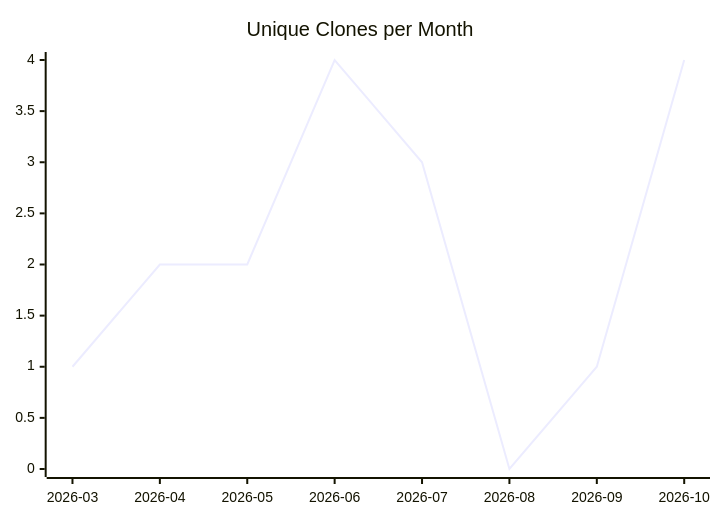
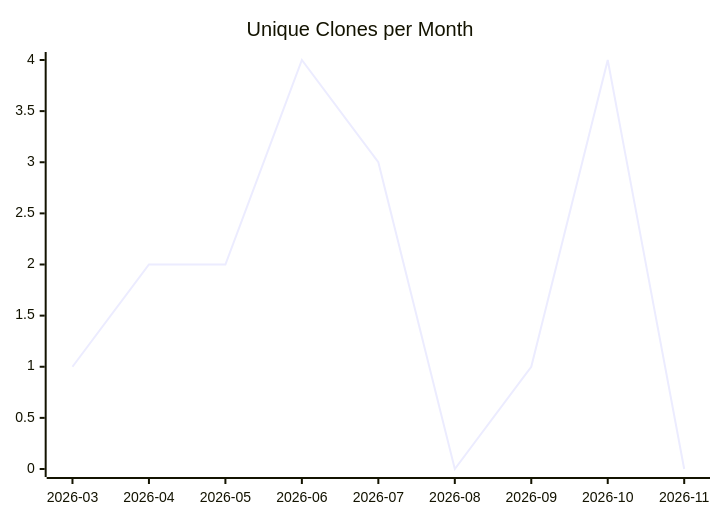
Before and after one commit to justdavis-family/github-analytics-data: the third of 3 diagrams in karlmdavis/ansible-role-ldap/README.md, drawn with Mermaid. The commit also changed other lines of this file and 201 other files, not shown here.

````diff
--- a/karlmdavis/ansible-role-ldap/README.md
+++ b/karlmdavis/ansible-role-ldap/README.md
@@ -19,6 +19,6 @@
 ```mermaid
 xychart-beta
   title "Unique Clones per Month"
-  x-axis ["2026-03", "2026-04", "2026-05", "2026-06", "2026-07", "2026-08", "2026-09", "2026-10"]
-  line [1, 2, 2, 4, 3, 0, 1, 4]
+  x-axis ["2026-03", "2026-04", "2026-05", "2026-06", "2026-07", "2026-08", "2026-09", "2026-10", "2026-11"]
+  line [1, 2, 2, 4, 3, 0, 1, 4, 0]
 ```
````
